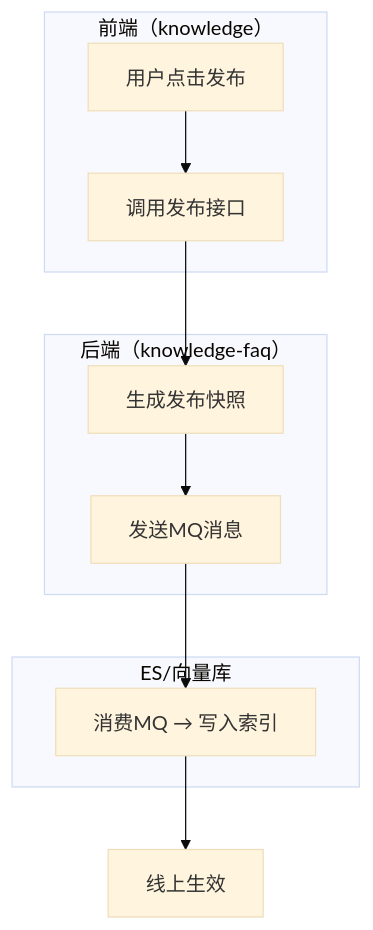
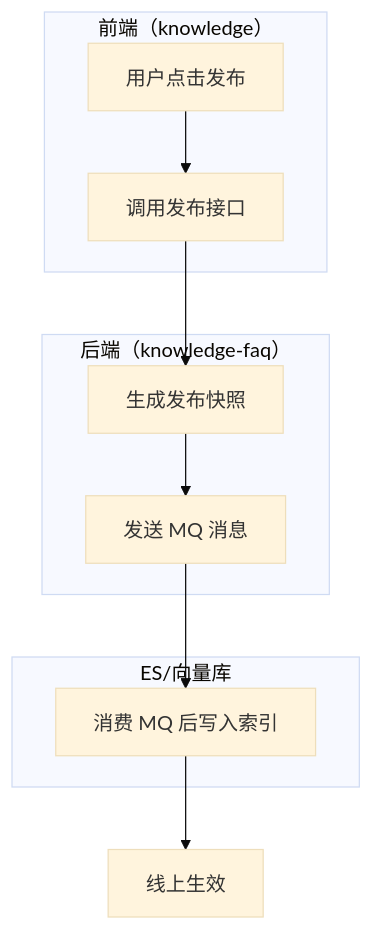
Before and after one commit to wuyining0130/c-room: the second of 2 diagrams in skills/prd-draft/references/prd-template.md, drawn with Mermaid (base theme). The commit also changed other lines of this file and 27 other files, not shown here.

````diff
--- a/skills/prd-draft/references/prd-template.md
+++ b/skills/prd-draft/references/prd-template.md
@@ -72,14 +70,14 @@
 ```mermaid
 flowchart TD
     subgraph 前端["前端（knowledge）"]
-        A[用户点击发布] --> B[调用发布接口]
+        A["用户点击发布"] --> B["调用发布接口"]
     end
     subgraph 后端["后端（knowledge-faq）"]
-        B --> C[生成发布快照]
-        C --> D[发送MQ消息]
+        B --> C["生成发布快照"]
+        C --> D["发送 MQ 消息"]
     end
     subgraph 搜索引擎["ES/向量库"]
-        D --> E[消费MQ → 写入索引]
+        D --> E["消费 MQ 后写入索引"]
     end
-    E --> F[线上生效]
+    E --> F["线上生效"]
 ```
````
